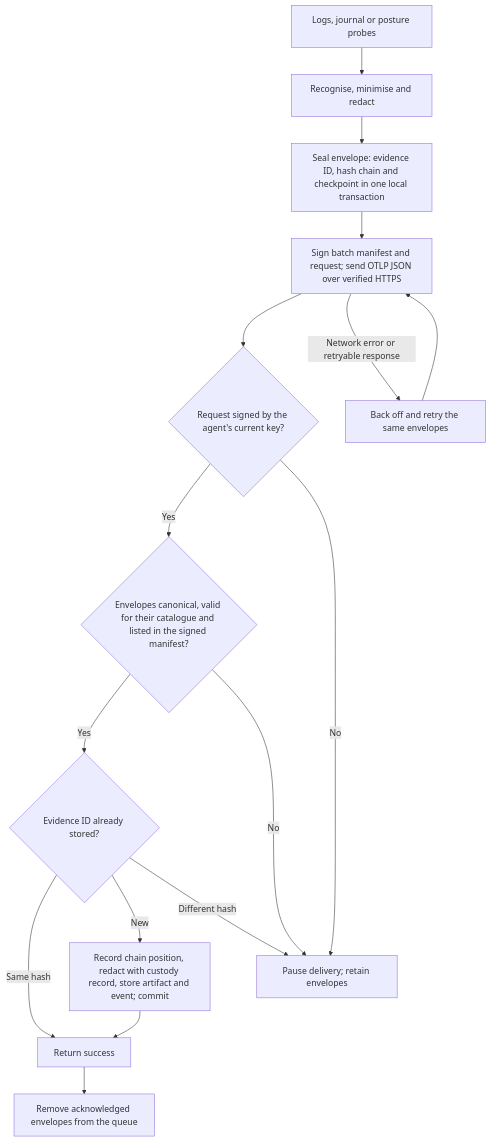
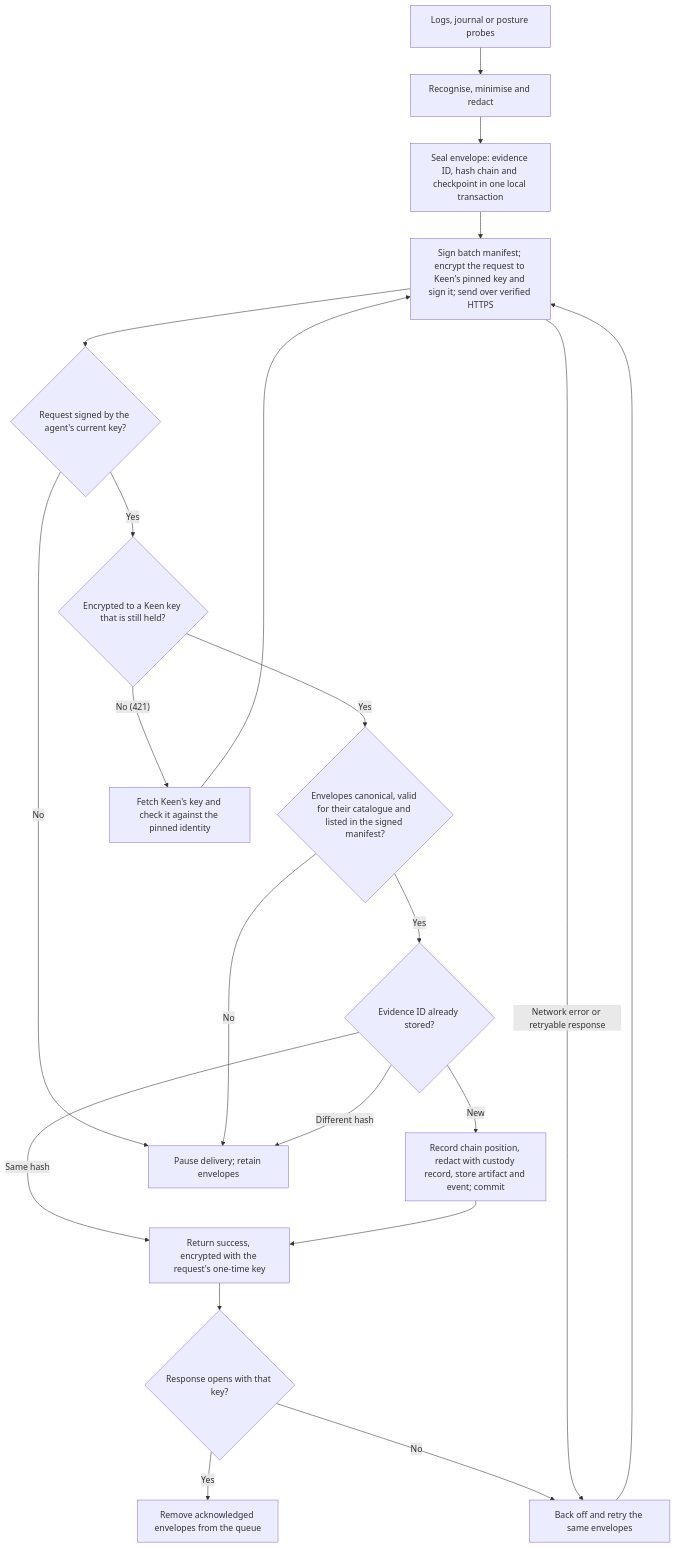
One commit to FERCBusters/keen changed the diagram in services/ui/public/help/diagrams/agent-delivery.mmd. Above: the diagram before and after it, drawn with Mermaid. The commit also changed 38 other files, not shown here.

```diff
--- a/services/ui/public/help/diagrams/agent-delivery.mmd
+++ b/services/ui/public/help/diagrams/agent-delivery.mmd
@@ -1,16 +1,21 @@
 flowchart TB
   L["Logs, journal or posture probes"] --> P["Recognise, minimise and redact"]
   P --> Q["Seal envelope: evidence ID, hash chain and checkpoint in one local transaction"]
-  Q --> T["Sign batch manifest and request; send OTLP JSON over verified HTTPS"]
+  Q --> T["Sign batch manifest; encrypt the request to Keen's pinned key and sign it; send over verified HTTPS"]
   T --> A{"Request signed by the agent's current key?"}
-  A -->|Yes| V{"Envelopes canonical, valid for their catalogue and listed in the signed manifest?"}
+  A -->|Yes| E{"Encrypted to a Keen key that is still held?"}
+  E -->|Yes| V{"Envelopes canonical, valid for their catalogue and listed in the signed manifest?"}
+  E -->|"No (421)"| K["Fetch Keen's key and check it against the pinned identity"]
+  K --> T
   V -->|Yes| D{"Evidence ID already stored?"}
-  D -->|Same hash| OK["Return success"]
+  D -->|Same hash| OK["Return success, encrypted with the request's one-time key"]
   D -->|New| S["Record chain position, redact with custody record, store artifact and event; commit"]
   S --> OK
-  OK --> R["Remove acknowledged envelopes from the queue"]
+  OK --> C{"Response opens with that key?"}
+  C -->|Yes| R["Remove acknowledged envelopes from the queue"]
+  C -->|No| B
   A -->|No| H["Pause delivery; retain envelopes"]
   V -->|No| H
   D -->|Different hash| H
   T -->|Network error or retryable response| B["Back off and retry the same envelopes"]
   B --> T
```
